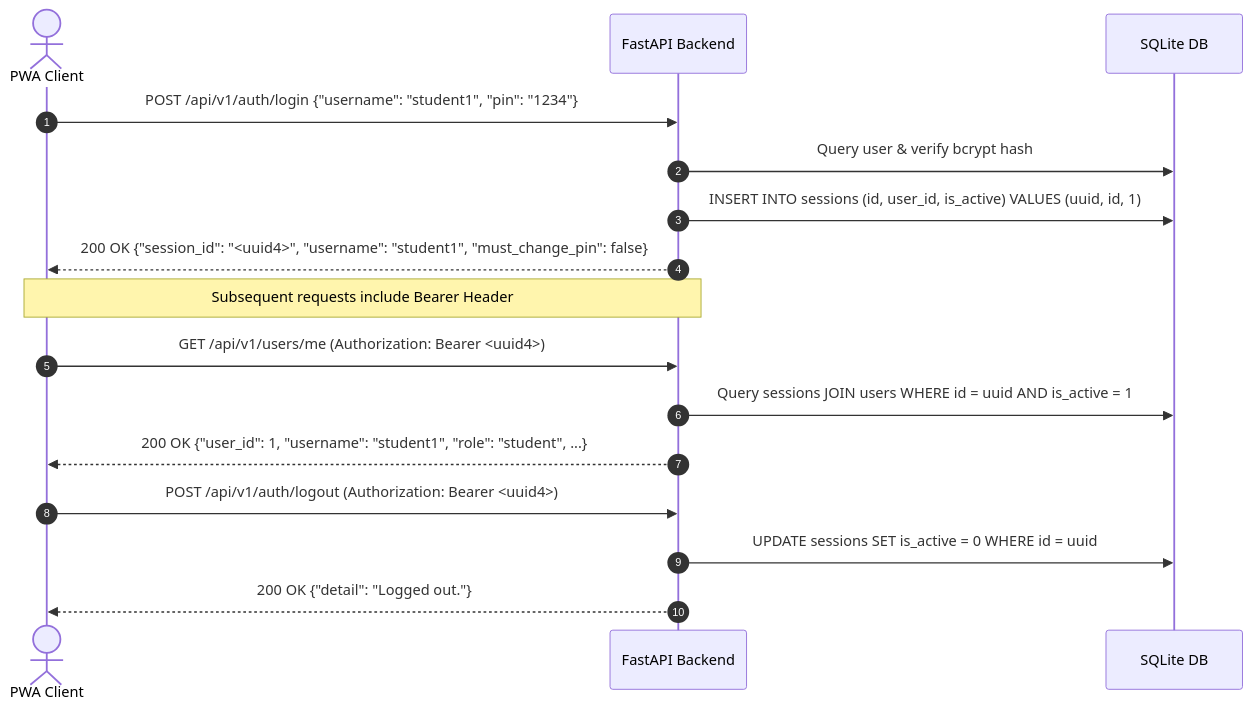
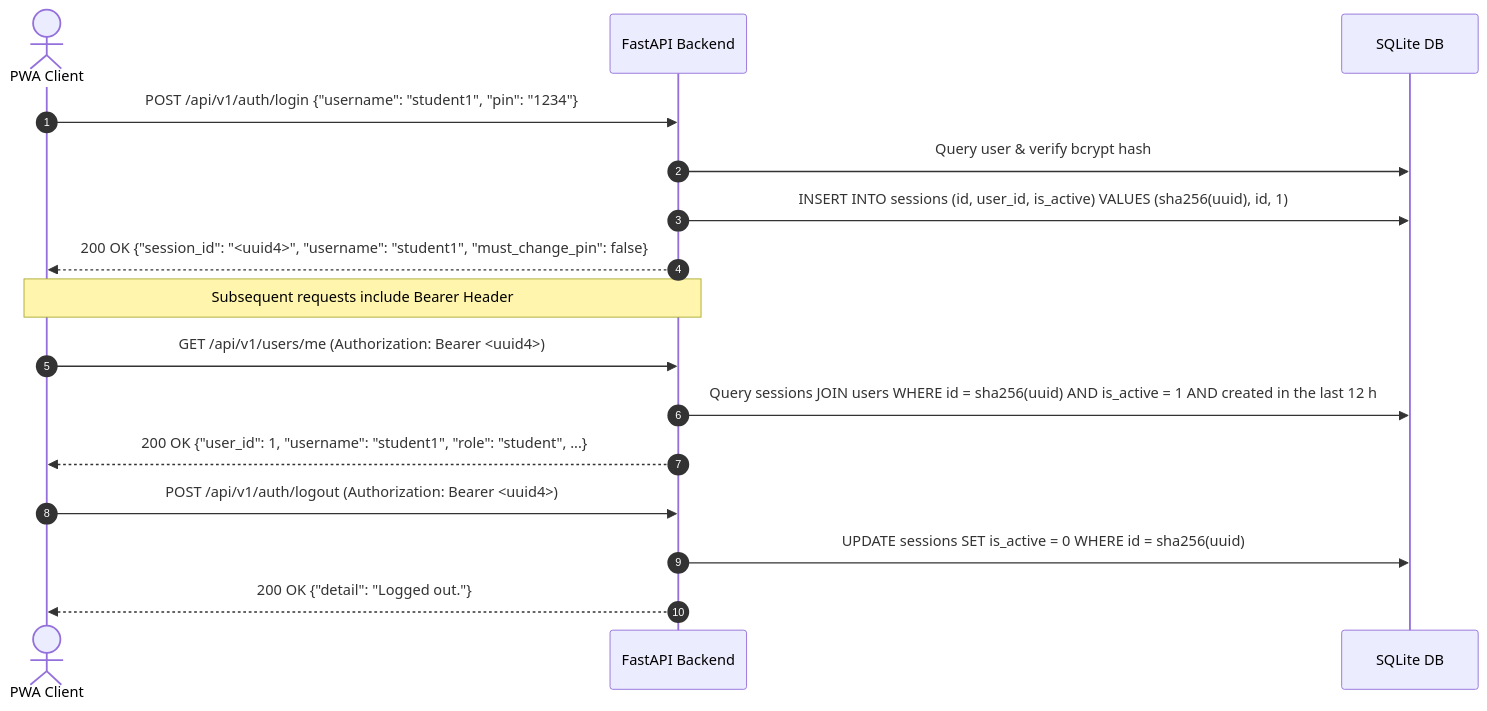
One commit to GabGP/TutorBox changed the diagram in docs/api/README.md. Above: the diagram before and after it, drawn with Mermaid. The commit also changed other lines of this file and 12 other files, not shown here.

````diff
--- a/docs/api/README.md
+++ b/docs/api/README.md
@@ -65,21 +67,21 @@
 ```mermaid
 sequenceDiagram
     autonumber
     actor Client as PWA Client
     participant API as FastAPI Backend
     participant DB as SQLite DB
 
     Client->>API: POST /api/v1/auth/login {"username": "student1", "pin": "1234"}
     API->>DB: Query user & verify bcrypt hash
-    API->>DB: INSERT INTO sessions (id, user_id, is_active) VALUES (uuid, id, 1)
+    API->>DB: INSERT INTO sessions (id, user_id, is_active) VALUES (sha256(uuid), id, 1)
     API-->>Client: 200 OK {"session_id": "<uuid4>", "username": "student1", "must_change_pin": false}
 
     Note over Client,API: Subsequent requests include Bearer Header
     Client->>API: GET /api/v1/users/me (Authorization: Bearer <uuid4>)
-    API->>DB: Query sessions JOIN users WHERE id = uuid AND is_active = 1
+    API->>DB: Query sessions JOIN users WHERE id = sha256(uuid) AND is_active = 1 AND created in the last 12 h
     API-->>Client: 200 OK {"user_id": 1, "username": "student1", "role": "student", ...}
 
     Client->>API: POST /api/v1/auth/logout (Authorization: Bearer <uuid4>)
-    API->>DB: UPDATE sessions SET is_active = 0 WHERE id = uuid
+    API->>DB: UPDATE sessions SET is_active = 0 WHERE id = sha256(uuid)
     API-->>Client: 200 OK {"detail": "Logged out."}
 ```
````
